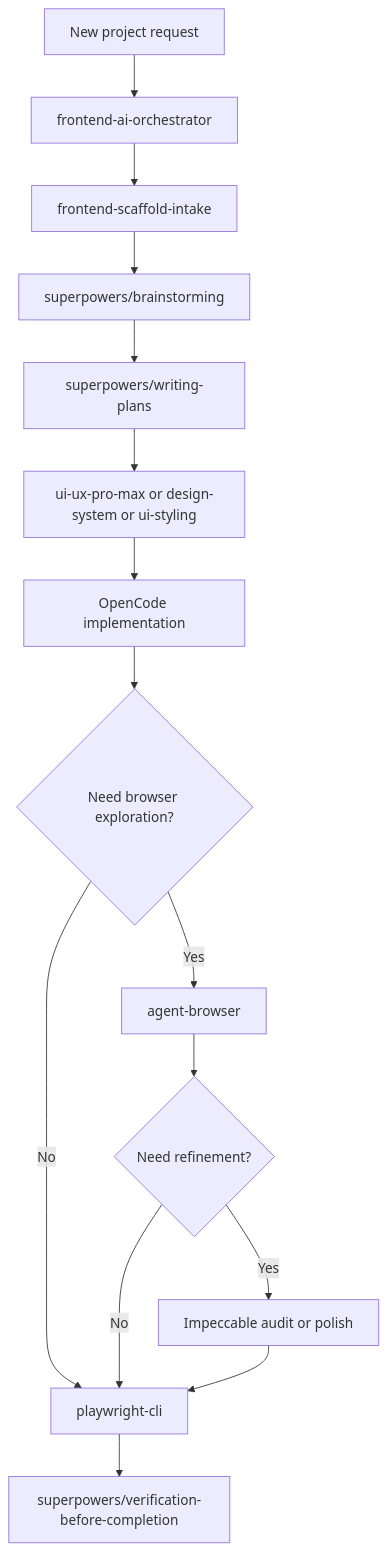
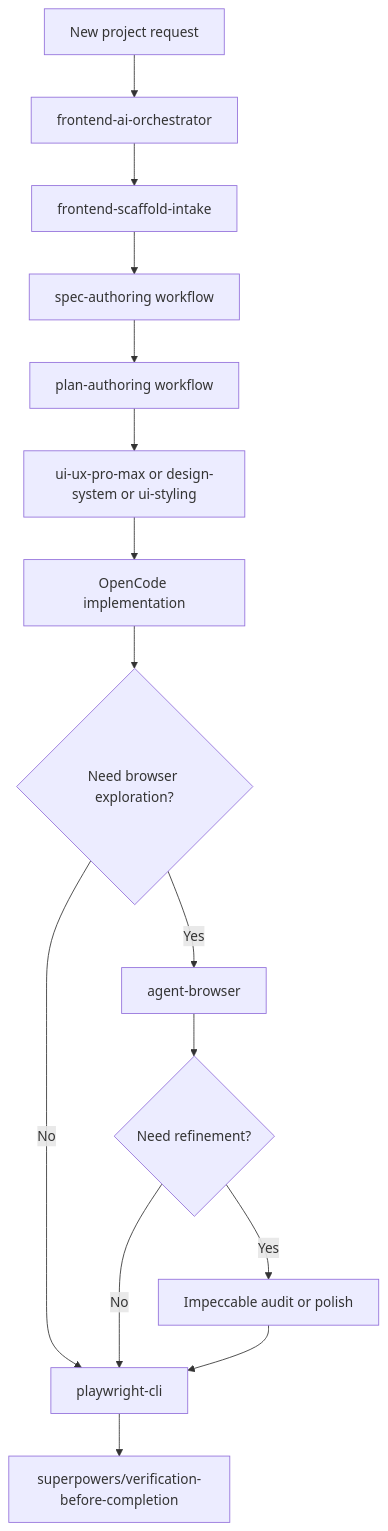
One commit to amaliaka/pro-ux-agent changed the first of 5 diagrams in docs/03-scenarios-and-flows.md. Above: the diagram before and after it, drawn with Mermaid. The commit also changed other lines of this file and 14 other files, not shown here.

````diff
--- a/docs/03-scenarios-and-flows.md
+++ b/docs/03-scenarios-and-flows.md
@@ -15,17 +15,17 @@
 ```mermaid
 flowchart TD
   A[New project request] --> B[frontend-ai-orchestrator]
   B --> C[frontend-scaffold-intake]
-  C --> D[superpowers/brainstorming]
-  D --> E[superpowers/writing-plans]
+  C --> D[spec-authoring workflow]
+  D --> E[plan-authoring workflow]
   E --> F[ui-ux-pro-max or design-system or ui-styling]
   F --> G[OpenCode implementation]
   G --> H{Need browser exploration?}
   H -- Yes --> I[agent-browser]
   H -- No --> J[playwright-cli]
   I --> K{Need refinement?}
   K -- Yes --> L[Impeccable audit or polish]
   K -- No --> J
   L --> J
   J --> M[superpowers/verification-before-completion]
 ```
````
